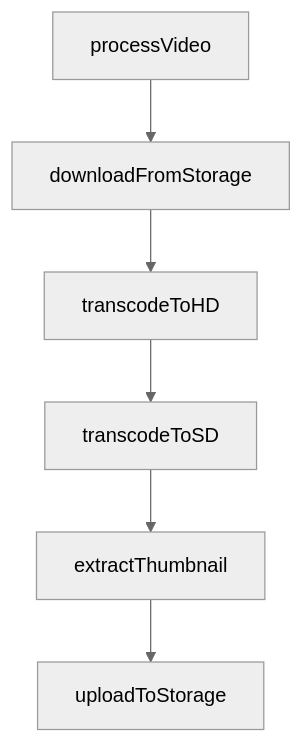
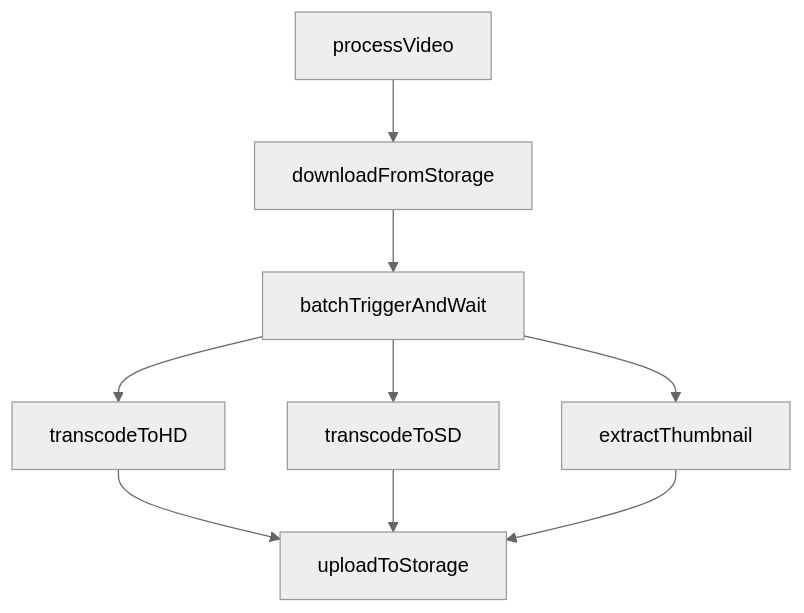
One commit to triggerdotdev/trigger.dev changed the first of 5 diagrams in docs/guides/use-cases/media-processing.mdx. Above: the diagram before and after it, drawn with Mermaid (neutral theme). The commit also changed other lines of this file and 2 other files, not shown here.

Commit message:
Further diagram improvements

````diff
--- a/docs/guides/use-cases/media-processing.mdx
+++ b/docs/guides/use-cases/media-processing.mdx
@@ -51,8 +51,13 @@
 ```mermaid
 graph TB
     A[processVideo] --> B[downloadFromStorage]
-    B --> C[transcodeToHD]
-    C --> D[transcodeToSD]
-    D --> E[extractThumbnail]
-    E --> F[uploadToStorage]
+    B --> C[batchTriggerAndWait]
+
+    C --> D[transcodeToHD]
+    C --> E[transcodeToSD]
+    C --> F[extractThumbnail]
+
+    D --> G[uploadToStorage]
+    E --> G
+    F --> G
 ```
````
